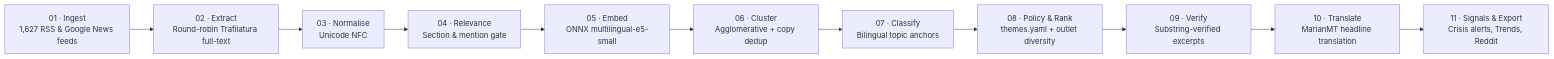
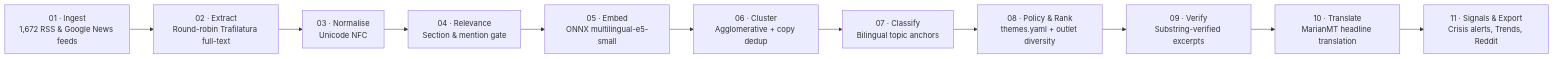
One commit to gergkar-gif/argos-monitor changed the diagram in README.md. Above: the diagram before and after it, drawn with Mermaid. The commit also changed other lines of this file and 45 other files, not shown here.

Commit message:
feat(desks): overhaul Hungary & Central European perimeter, fix theme schemas, and add Croatia and Slovenia desks

````diff
--- a/README.md
+++ b/README.md
@@ -39,13 +39,13 @@
 ```mermaid
 flowchart LR
-    A["01 · Ingest<br/>1,627 RSS & Google News feeds"] --> B["02 · Extract<br/>Round-robin Trafilatura full-text"]
+    A["01 · Ingest<br/>1,672 RSS & Google News feeds"] --> B["02 · Extract<br/>Round-robin Trafilatura full-text"]
     B --> C["03 · Normalise<br/>Unicode NFC"]
     C --> D["04 · Relevance<br/>Section & mention gate"]
     D --> E["05 · Embed<br/>ONNX multilingual-e5-small"]
     E --> F["06 · Cluster<br/>Agglomerative + copy dedup"]
     F --> G["07 · Classify<br/>Bilingual topic anchors"]
     G --> H["08 · Policy & Rank<br/>themes.yaml + outlet diversity"]
     H --> I["09 · Verify<br/>Substring-verified excerpts"]
     I --> J["10 · Translate<br/>MarianMT headline translation"]
     J --> K["11 · Signals & Export<br/>Crisis alerts, Trends, Reddit"]
 ```
````
